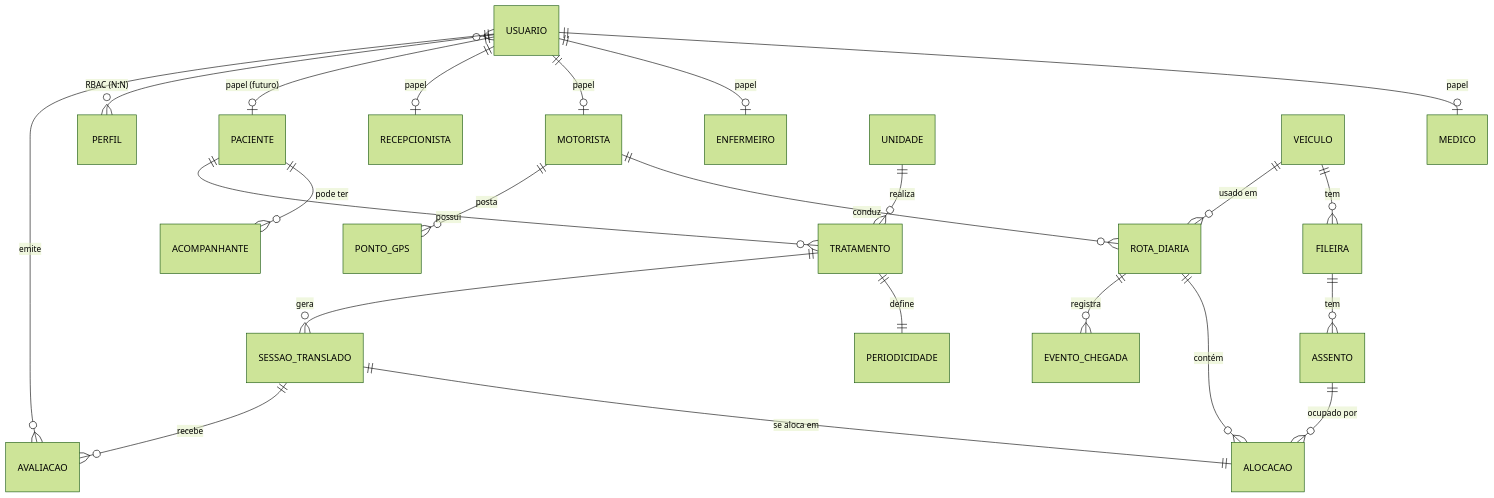
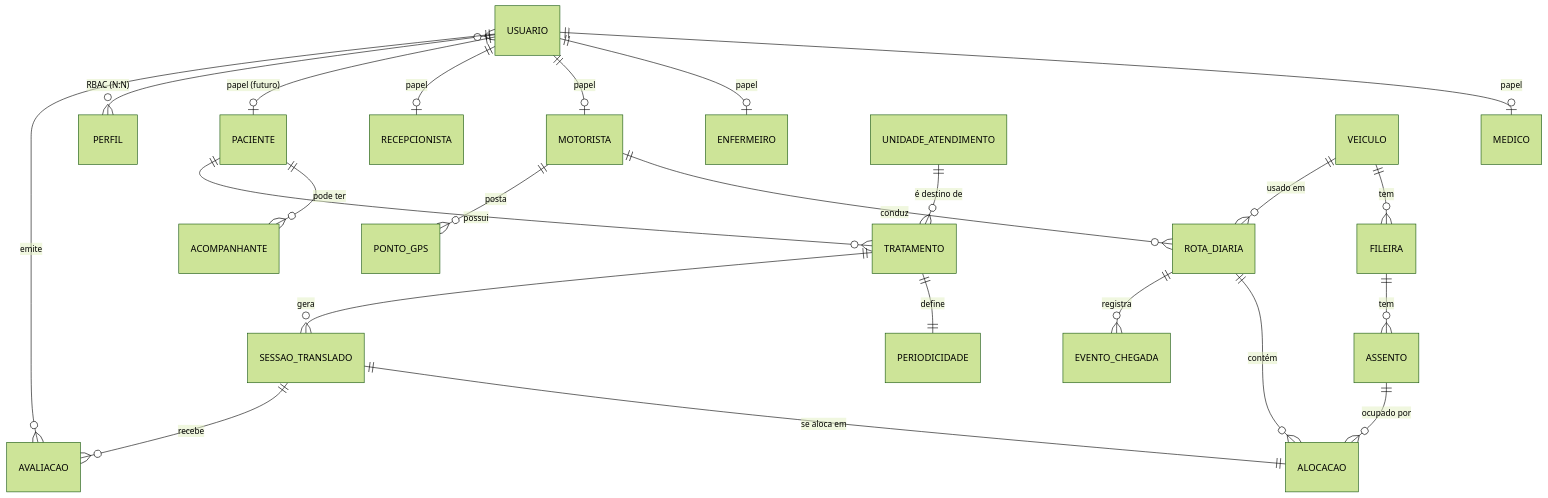
Before and after one commit to AutomaisIO/SMSMarica: the first of 2 diagrams in docs/domain.md, drawn with Mermaid (forest theme). The commit also changed other lines of this file and 66 other files, not shown here.

````diff
--- a/docs/domain.md
+++ b/docs/domain.md
@@ -31,29 +32,29 @@
 ```mermaid
 erDiagram
   USUARIO ||--o| MEDICO        : "papel"
   USUARIO ||--o| ENFERMEIRO    : "papel"
   USUARIO ||--o| MOTORISTA     : "papel"
   USUARIO ||--o| RECEPCIONISTA : "papel"
   USUARIO ||--o| PACIENTE      : "papel (futuro)"
   USUARIO }o--o{ PERFIL        : "RBAC (N:N)"
 
   PACIENTE ||--o{ ACOMPANHANTE : "pode ter"
   PACIENTE ||--o{ TRATAMENTO : "possui"
-  UNIDADE  ||--o{ TRATAMENTO : "realiza"
+  UNIDADE_ATENDIMENTO ||--o{ TRATAMENTO : "é destino de"
   TRATAMENTO ||--|| PERIODICIDADE : "define"
   TRATAMENTO ||--o{ SESSAO_TRANSLADO : "gera"
 
   VEICULO ||--o{ FILEIRA : "tem"
   FILEIRA ||--o{ ASSENTO : "tem"
 
   MOTORISTA ||--o{ ROTA_DIARIA : "conduz"
   VEICULO   ||--o{ ROTA_DIARIA : "usado em"
   ROTA_DIARIA ||--o{ ALOCACAO : "contém"
   SESSAO_TRANSLADO ||--|| ALOCACAO : "se aloca em"
   ASSENTO ||--o{ ALOCACAO : "ocupado por"
 
   MOTORISTA ||--o{ PONTO_GPS : "posta"
   ROTA_DIARIA ||--o{ EVENTO_CHEGADA : "registra"
   SESSAO_TRANSLADO ||--o{ AVALIACAO : "recebe"
   USUARIO ||--o{ AVALIACAO : "emite"
 ```
````
